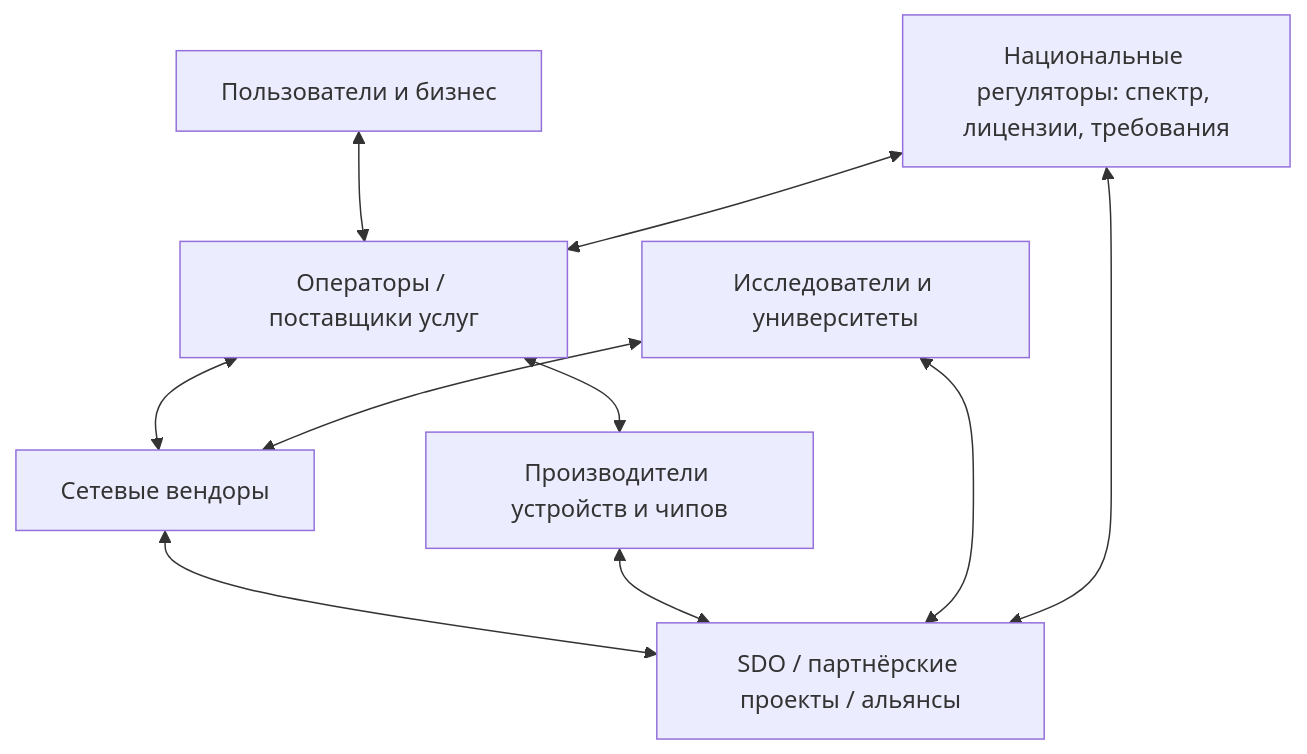
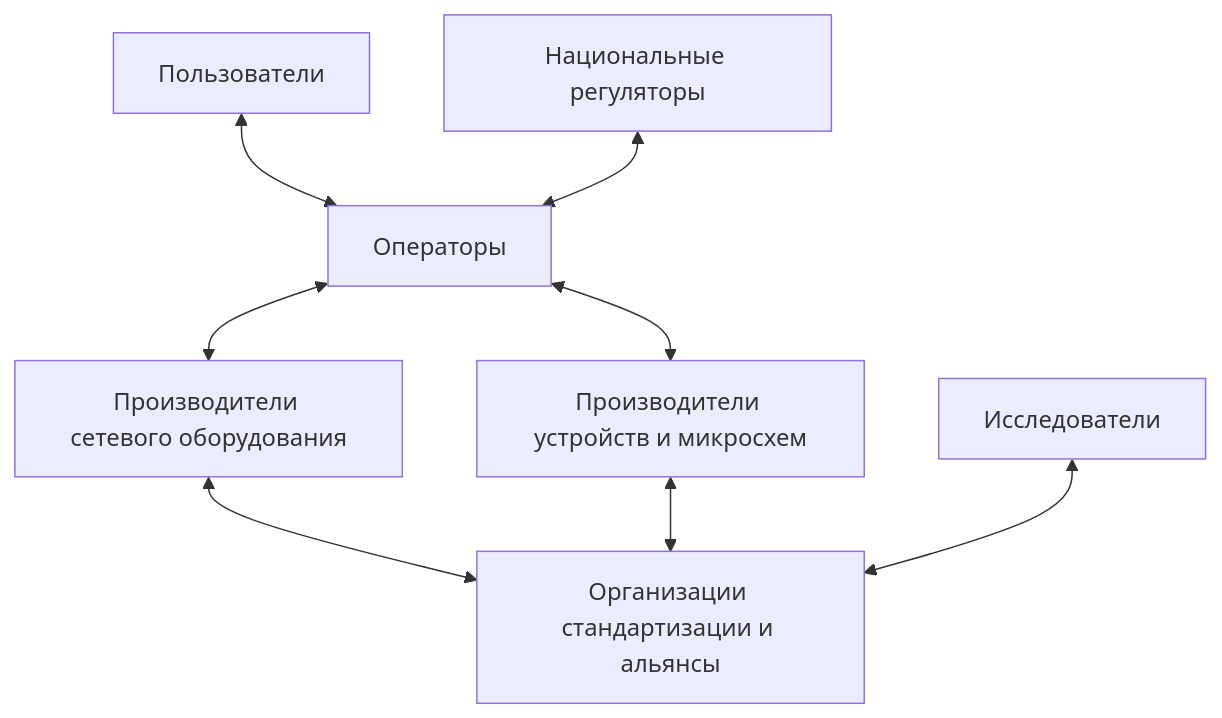
Before and after one commit to temaSW/intro-to-networking: the fourth of 4 diagrams in course/lectures/00-introduction.qmd, drawn with Mermaid. The commit also changed other lines of this file and 4 other files, not shown here.

````diff
--- a/course/lectures/00-introduction.qmd
+++ b/course/lectures/00-introduction.qmd
@@ -75,12 +62,10 @@
 ```{mermaid}
 flowchart TB
-  U[Пользователи и бизнес] <--> O[Операторы / поставщики услуг]
-  O <--> V[Сетевые вендоры]
-  O <--> T[Производители устройств и чипов]
-  V <--> P[SDO / партнёрские проекты / альянсы]
+  U[Пользователи] <--> O[Операторы]
+  O <--> V[Производители сетевого оборудования]
+  O <--> T[Производители устройств и микросхем]
+  V <--> P[Организации стандартизации и альянсы]
   T <--> P
-  R[Исследователи и университеты] <--> P
-  R <--> V
-  G[Национальные регуляторы: спектр, лицензии, требования] <--> O
-  G <--> P
+  R[Исследователи] <--> P
+  G[Национальные регуляторы] <--> O
 ```
````
